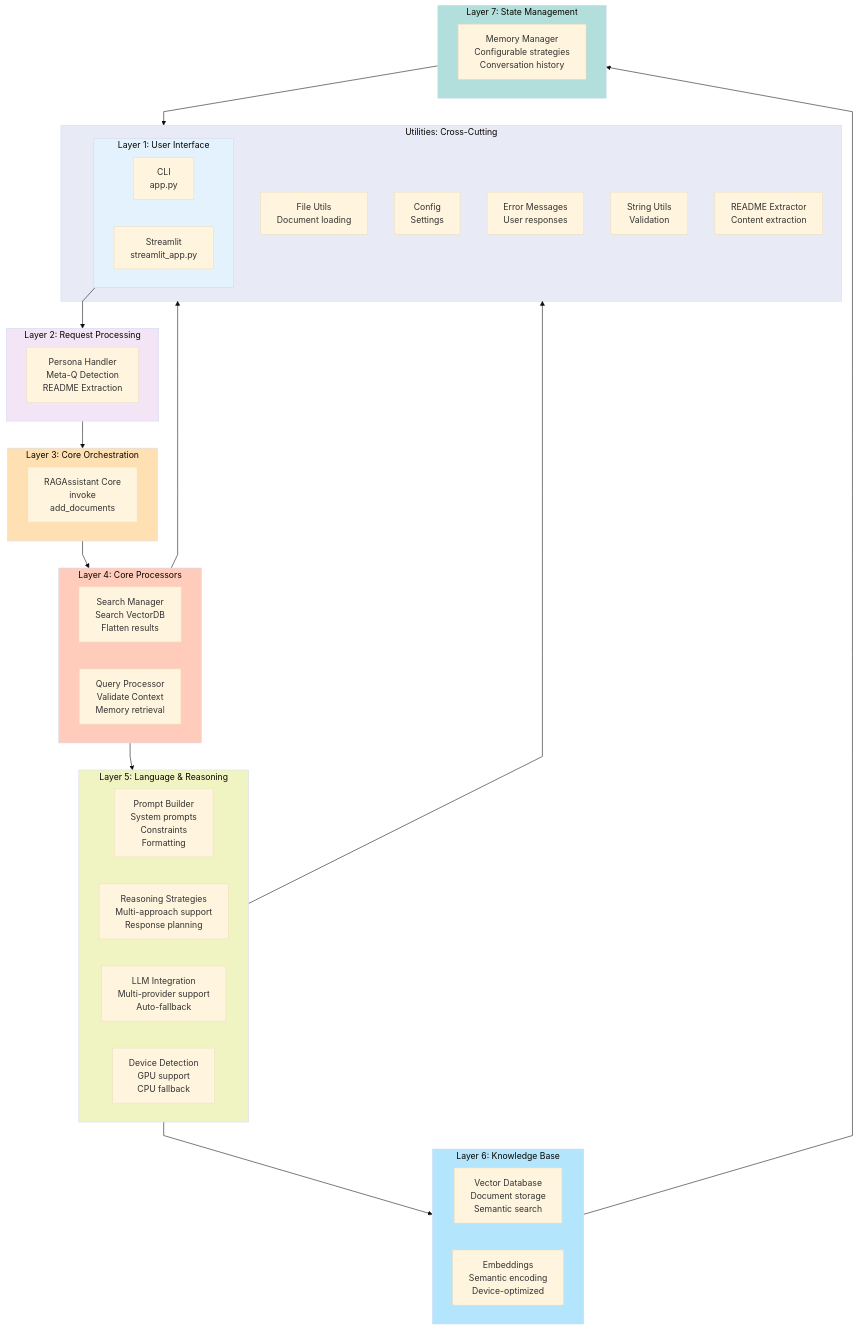
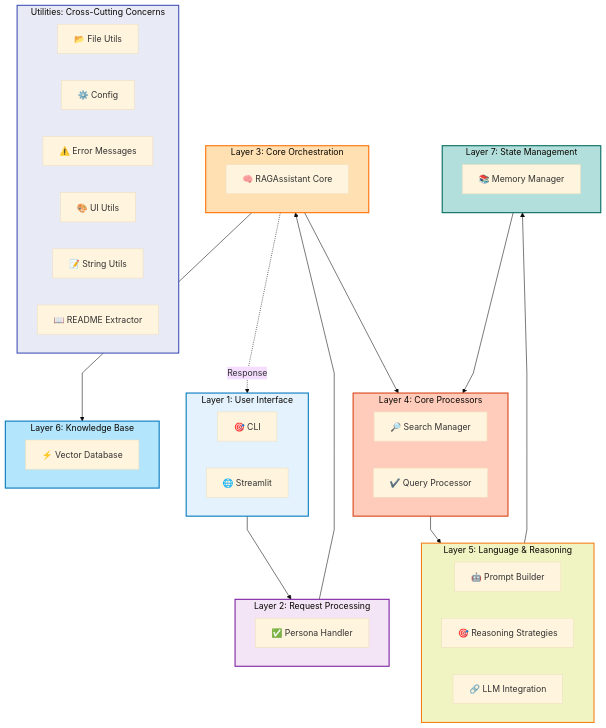
One commit to sonyjtp/rt-aaidc-rag-based-assistant changed the sixth of 8 diagrams in ARCHITECTURE_DIAGRAM.md. Above: the diagram before and after it, drawn with Mermaid (base theme). The commit also changed other lines of this file and 58 other files, not shown here.

````diff
--- a/ARCHITECTURE_DIAGRAM.md
+++ b/ARCHITECTURE_DIAGRAM.md
@@ -218,66 +236,66 @@
 ```mermaid
 %%{init: {'flowchart': {'curve': 'linear'}}}%%
 graph TD
-    subgraph UI["Layer 1: User Interface"]
-        CLI["CLI<br/>app.py"]
-        WEB["Streamlit<br/>streamlit_app.py"]
+    subgraph UIFACE["Layer 1: User Interface"]
+        CLI["🎯 CLI"]
+        WEB["🌐 Streamlit"]
     end
-    
+
     subgraph RP["Layer 2: Request Processing"]
-        PH["Persona Handler<br/>Meta-Q Detection<br/>README Extraction"]
+        PH["✅ Persona Handler"]
     end
-    
+
     subgraph CO["Layer 3: Core Orchestration"]
-        RAG["RAGAssistant Core<br/>invoke<br/>add_documents"]
+        RAG["🧠 RAGAssistant Core"]
     end
-    
+
     subgraph PROC["Layer 4: Core Processors"]
-        SM["Search Manager<br/>Search VectorDB<br/>Flatten results"]
-        QP["Query Processor<br/>Validate Context<br/>Memory retrieval"]
+        SM["🔎 Search Manager"]
+        QP["✔️ Query Processor"]
     end
-    
+
     subgraph LR["Layer 5: Language & Reasoning"]
-        PB["Prompt Builder<br/>System prompts<br/>Constraints<br/>Formatting"]
-        RS["Reasoning Strategies<br/>Multi-approach support<br/>Response planning"]
-        LLM["LLM Integration<br/>Multi-provider support<br/>Auto-fallback"]
-        DD["Device Detection<br/>GPU support<br/>CPU fallback"]
+        PB["🤖 Prompt Builder"]
+        RS["🎯 Reasoning Strategies"]
+        LLM["🔗 LLM Integration"]
     end
-    
+
     subgraph KB["Layer 6: Knowledge Base"]
-        VDB["Vector Database<br/>Document storage<br/>Semantic search"]
-        EMB["Embeddings<br/>Semantic encoding<br/>Device-optimized"]
+        VDB["⚡ Vector Database"]
     end
-    
+
     subgraph SM2["Layer 7: State Management"]
-        MEM["Memory Manager<br/>Configurable strategies<br/>Conversation history"]
+        MEM["📚 Memory Manager"]
     end
-    
-    subgraph UTIL["Utilities: Cross-Cutting"]
-        FU["File Utils<br/>Document loading"]
-        CFG["Config<br/>Settings"]
-        EM["Error Messages<br/>User responses"]
-        UI["UI Utils<br/>Styling"]
-        STR["String Utils<br/>Validation"]
-        RE["README Extractor<br/>Content extraction"]
+
+    subgraph UTIL["Utilities: Cross-Cutting Concerns"]
+        FU["📂 File Utils"]
+        CFG["⚙️ Config"]
+        EM["⚠️ Error Messages"]
+        UI_UTIL["🎨 UI Utils"]
+        STR["📝 String Utils"]
+        RE["📖 README Extractor"]
     end
-    
-    UI --> RP
+
+    %% Main data flow
+    UIFACE --> RP
     RP --> CO
     CO --> PROC
+    CO --> KB
     PROC --> LR
-    LR --> KB
-    KB --> SM2
-    
-    SM2 --> UTIL
-    LR --> UTIL
-    PROC --> UTIL
-    
-    style UI fill:#e3f2fd
-    style RP fill:#f3e5f5
-    style CO fill:#ffe0b2
-    style PROC fill:#ffccbc
-    style LR fill:#f0f4c3
-    style KB fill:#b3e5fc
-    style SM2 fill:#b2dfdb
-    style UTIL fill:#e8eaf6
+    LR --> SM2
+    SM2 --> PROC
+
+    %% Response feedback
+    CO -.->|Response| UIFACE
+
+    %% Layer styles
+    style UIFACE fill:#e3f2fd,stroke:#0277bd,stroke-width:2px
+    style RP fill:#f3e5f5,stroke:#7b1fa2,stroke-width:2px
+    style CO fill:#ffe0b2,stroke:#ff6f00,stroke-width:2px
+    style PROC fill:#ffccbc,stroke:#d84315,stroke-width:2px
+    style LR fill:#f0f4c3,stroke:#f57f17,stroke-width:2px
+    style KB fill:#b3e5fc,stroke:#0277bd,stroke-width:2px
+    style SM2 fill:#b2dfdb,stroke:#00695c,stroke-width:2px
+    style UTIL fill:#e8eaf6,stroke:#3f51b5,stroke-width:2px
 ```
````
